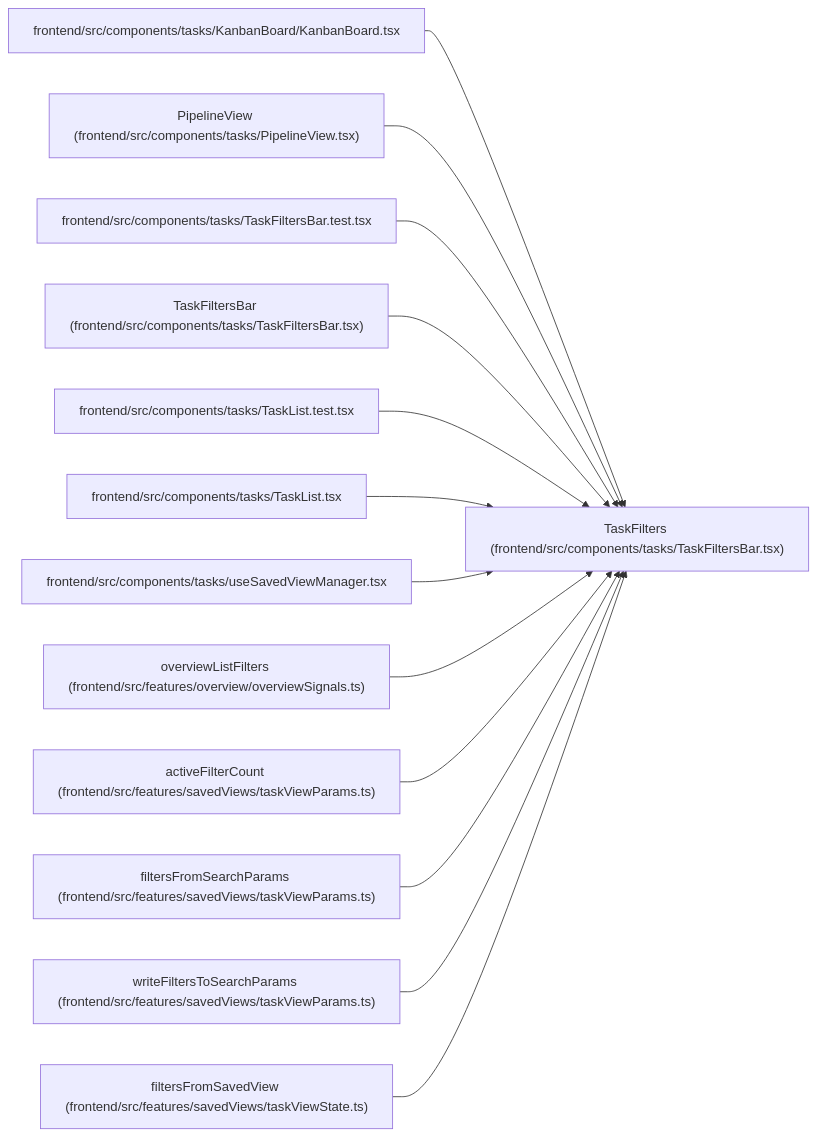
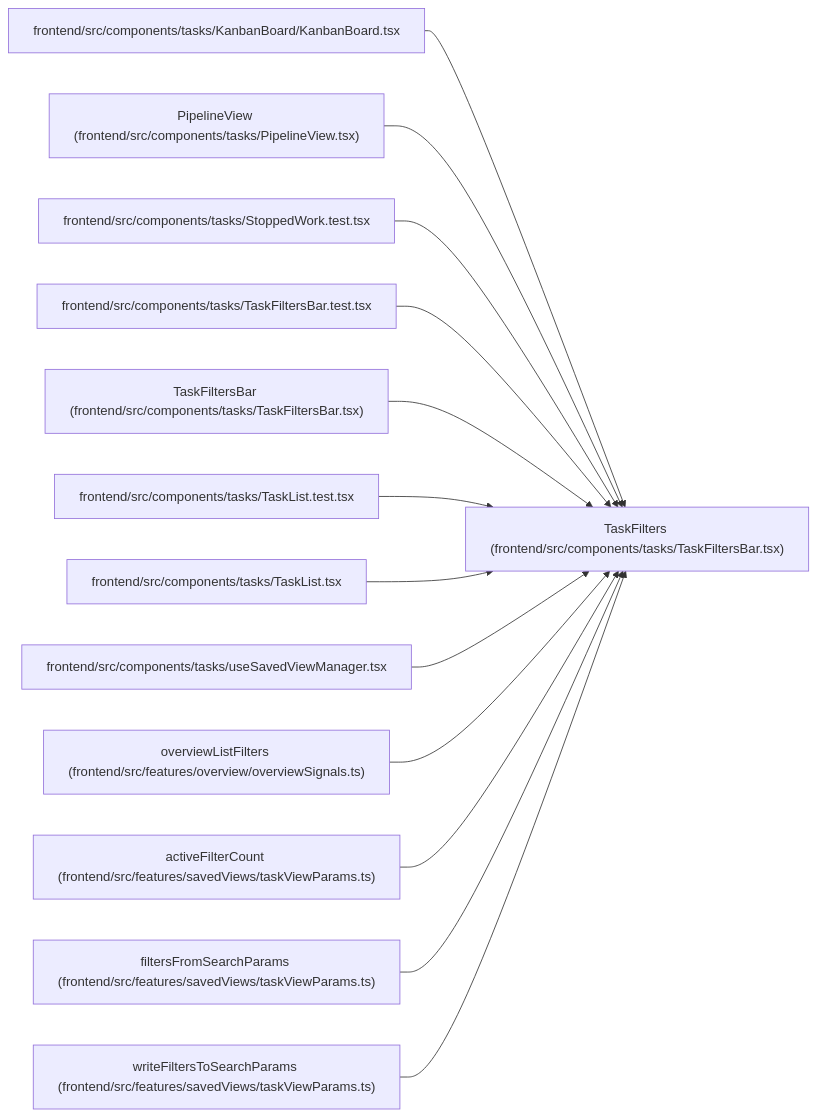
One commit to Denissvgn/WorkChord changed the diagram in docs/llm_wiki/entities/TaskFilters.md. Above: the diagram before and after it, drawn with Mermaid. The commit also changed other lines of this file and 674 other files, not shown here.

Commit message:
Sync the architectural wiki for showing stopped work

````diff
--- a/docs/llm_wiki/entities/TaskFilters.md
+++ b/docs/llm_wiki/entities/TaskFilters.md
@@ -42,41 +42,41 @@
 ```mermaid
 flowchart LR
     n0["TaskFilters (frontend/src/components/tasks/TaskFiltersBar.tsx)"]
     n1["frontend/src/components/tasks/KanbanBoard/KanbanBoard.tsx"]
     n2["PipelineView (frontend/src/components/tasks/PipelineView.tsx)"]
-    n3["frontend/src/components/tasks/TaskFiltersBar.test.tsx"]
-    n4["TaskFiltersBar (frontend/src/components/tasks/TaskFiltersBar.tsx)"]
-    n5["frontend/src/components/tasks/TaskList.test.tsx"]
-    n6["frontend/src/components/tasks/TaskList.tsx"]
-    n7["frontend/src/components/tasks/useSavedViewManager.tsx"]
-    n8["overviewListFilters (frontend/src/features/overview/overviewSignals.ts)"]
-    n9["activeFilterCount (frontend/src/features/savedViews/taskViewParams.ts)"]
-    n10["filtersFromSearchParams (frontend/src/features/savedViews/taskViewParams.ts)"]
-    n11["writeFiltersToSearchParams (frontend/src/features/savedViews/taskViewParams.ts)"]
-    n12["filtersFromSavedView (frontend/src/features/savedViews/taskViewState.ts)"]
+    n3["frontend/src/components/tasks/StoppedWork.test.tsx"]
+    n4["frontend/src/components/tasks/TaskFiltersBar.test.tsx"]
+    n5["TaskFiltersBar (frontend/src/components/tasks/TaskFiltersBar.tsx)"]
+    n6["frontend/src/components/tasks/TaskList.test.tsx"]
+    n7["frontend/src/components/tasks/TaskList.tsx"]
+    n8["frontend/src/components/tasks/useSavedViewManager.tsx"]
+    n9["overviewListFilters (frontend/src/features/overview/overviewSignals.ts)"]
+    n10["activeFilterCount (frontend/src/features/savedViews/taskViewParams.ts)"]
+    n11["filtersFromSearchParams (frontend/src/features/savedViews/taskViewParams.ts)"]
+    n12["writeFiltersToSearchParams (frontend/src/features/savedViews/taskViewParams.ts)"]
     n1 --> n0
     n2 --> n0
     n3 --> n0
     n4 --> n0
     n5 --> n0
     n6 --> n0
     n7 --> n0
     n8 --> n0
     n9 --> n0
     n10 --> n0
     n11 --> n0
     n12 --> n0
     click n0 "../modules/TaskFiltersBar.md"
     click n1 "../modules/KanbanBoard.md"
     click n2 "../modules/PipelineView.md"
-    click n3 "../modules/TaskFiltersBar.test.md"
-    click n4 "../modules/TaskFiltersBar.md"
-    click n5 "../modules/TaskList.test.md"
-    click n6 "../modules/TaskList.md"
-    click n7 "../modules/useSavedViewManager.md"
-    click n8 "../modules/overviewSignals.md"
-    click n9 "../modules/taskViewParams.md"
+    click n3 "../modules/StoppedWork.test.md"
+    click n4 "../modules/TaskFiltersBar.test.md"
+    click n5 "../modules/TaskFiltersBar.md"
+    click n6 "../modules/TaskList.test.md"
+    click n7 "../modules/TaskList.md"
+    click n8 "../modules/useSavedViewManager.md"
+    click n9 "../modules/overviewSignals.md"
     click n10 "../modules/taskViewParams.md"
     click n11 "../modules/taskViewParams.md"
-    click n12 "../modules/taskViewState.md"
+    click n12 "../modules/taskViewParams.md"
 ```
````
